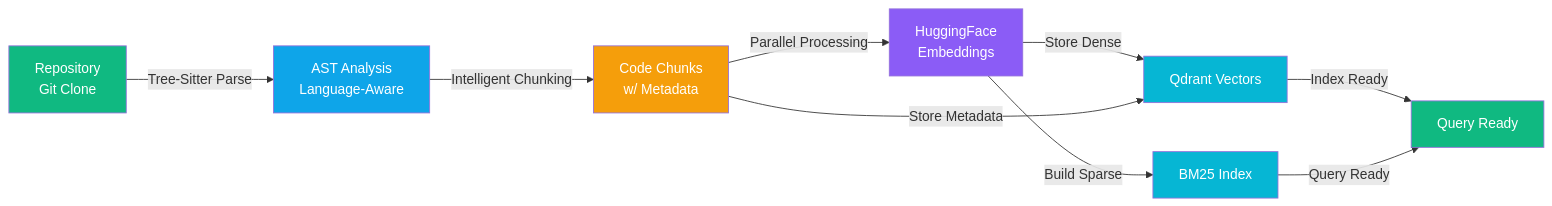
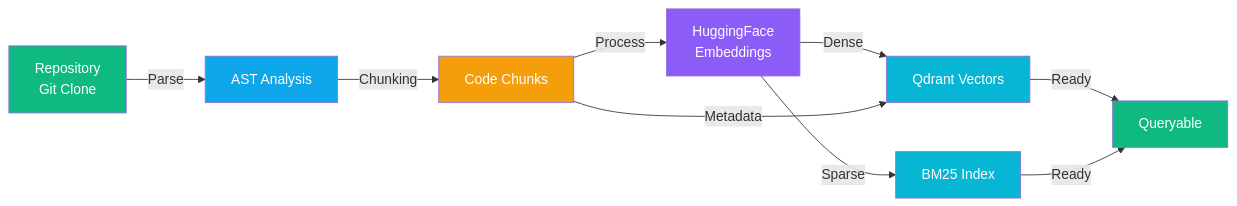
The third of 3 diagrams in readme.md (DevLikhith5/manthan), drawn with Mermaid before and after one commit. The commit also changed other lines of this file and 299 other files, not shown here.

Commit message:
graph rag

````diff
--- a/readme.md
+++ b/readme.md
@@ -122,19 +122,19 @@
 ```mermaid
 graph LR
-    A["Repository<br/>Git Clone"] -->|Tree-Sitter Parse| B["AST Analysis<br/>Language-Aware"]
-    B -->|Intelligent Chunking| C["Code Chunks<br/>w/ Metadata"]
-    C -->|Parallel Processing| D["HuggingFace<br/>Embeddings"]
-    D -->|Store Dense| E["Qdrant Vectors"]
-    D -->|Build Sparse| F["BM25 Index"]
-    C -->|Store Metadata| E
-    E -->|Index Ready| G["Query Ready"]
-    F -->|Query Ready| G
+    A["Repository<br/>Git Clone"] -->|Parse| B["AST Analysis"]
+    B -->|Chunking| C["Code Chunks"]
+    C -->|Process| D["HuggingFace<br/>Embeddings"]
+    D -->|Dense| E["Qdrant Vectors"]
+    D -->|Sparse| F["BM25 Index"]
+    C -->|Metadata| E
+    E -->|Ready| G["Queryable"]
+    F -->|Ready| G
     
     style A fill:#10b981,color:#fff
     style B fill:#0ea5e9,color:#fff
     style C fill:#f59e0b,color:#fff
     style D fill:#8b5cf6,color:#fff
     style E fill:#06b6d4,color:#fff
     style F fill:#06b6d4,color:#fff
     style G fill:#10b981,color:#fff
 ```
````
